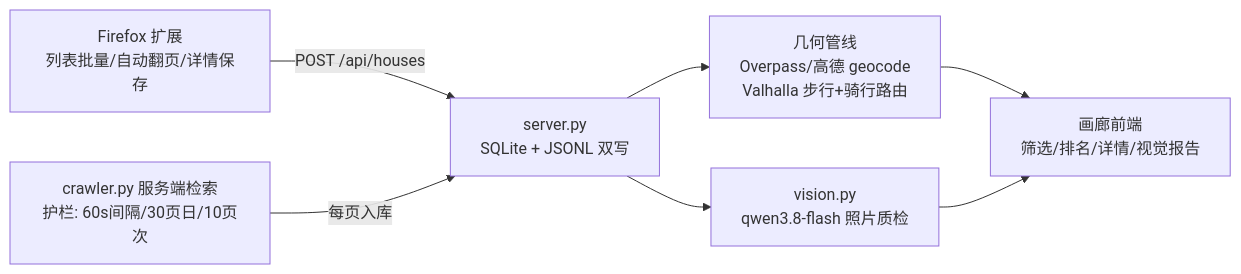
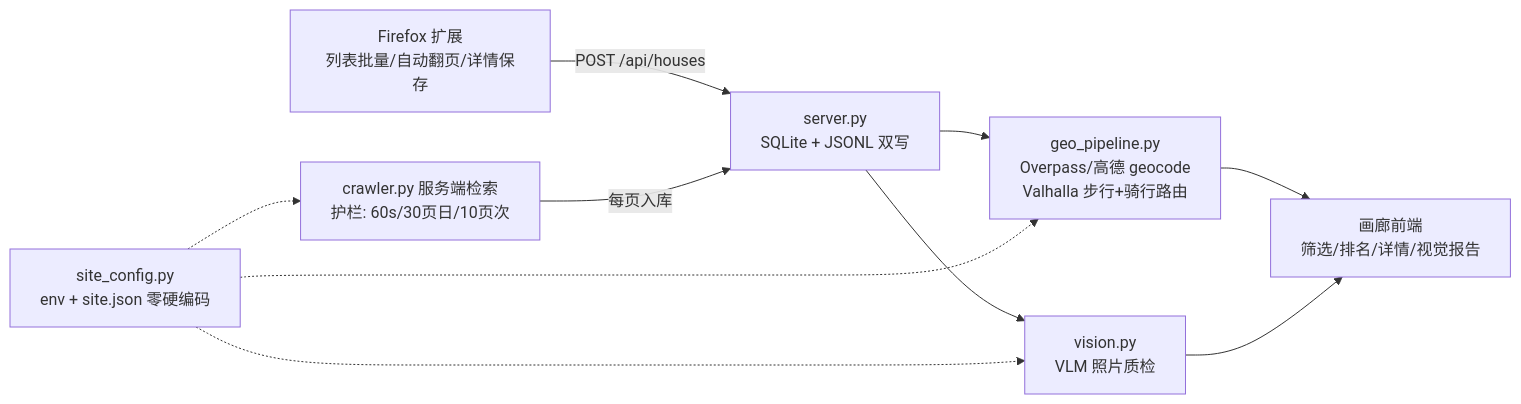
The diagram in README.md (r-ayin/hz-rental-tool), drawn with Mermaid before and after one commit. The commit also changed other lines of this file and 15 other files, not shown here.

First line of the commit message:
refactor: 零硬编码+全国化——site_config 配置层(env/site.json)/区域动态发现/geo_pipeline 参数化/品牌字样清零/一秒选房定位

````diff
--- a/README.md
+++ b/README.md
@@ -34,9 +50,12 @@
 ```mermaid
 graph LR
   A["Firefox 扩展<br/>列表批量/自动翻页/详情保存"] -->|POST /api/houses| C
-  B["crawler.py 服务端检索<br/>护栏: 60s间隔/30页日/10页次"] -->|每页入库| C["server.py<br/>SQLite + JSONL 双写"]
-  C --> D["几何管线<br/>Overpass/高德 geocode<br/>Valhalla 步行+骑行路由"]
-  C --> E["vision.py<br/>qwen3.8-flash 照片质检"]
+  B["crawler.py 服务端检索<br/>护栏: 60s/30页日/10页次"] -->|每页入库| C["server.py<br/>SQLite + JSONL 双写"]
+  C --> D["geo_pipeline.py<br/>Overpass/高德 geocode<br/>Valhalla 步行+骑行路由"]
+  C --> E["vision.py<br/>VLM 照片质检"]
   D --> F["画廊前端<br/>筛选/排名/详情/视觉报告"]
   E --> F
+  G["site_config.py<br/>env + site.json 零硬编码"] -.-> B
+  G -.-> D
+  G -.-> E
 ```
````
